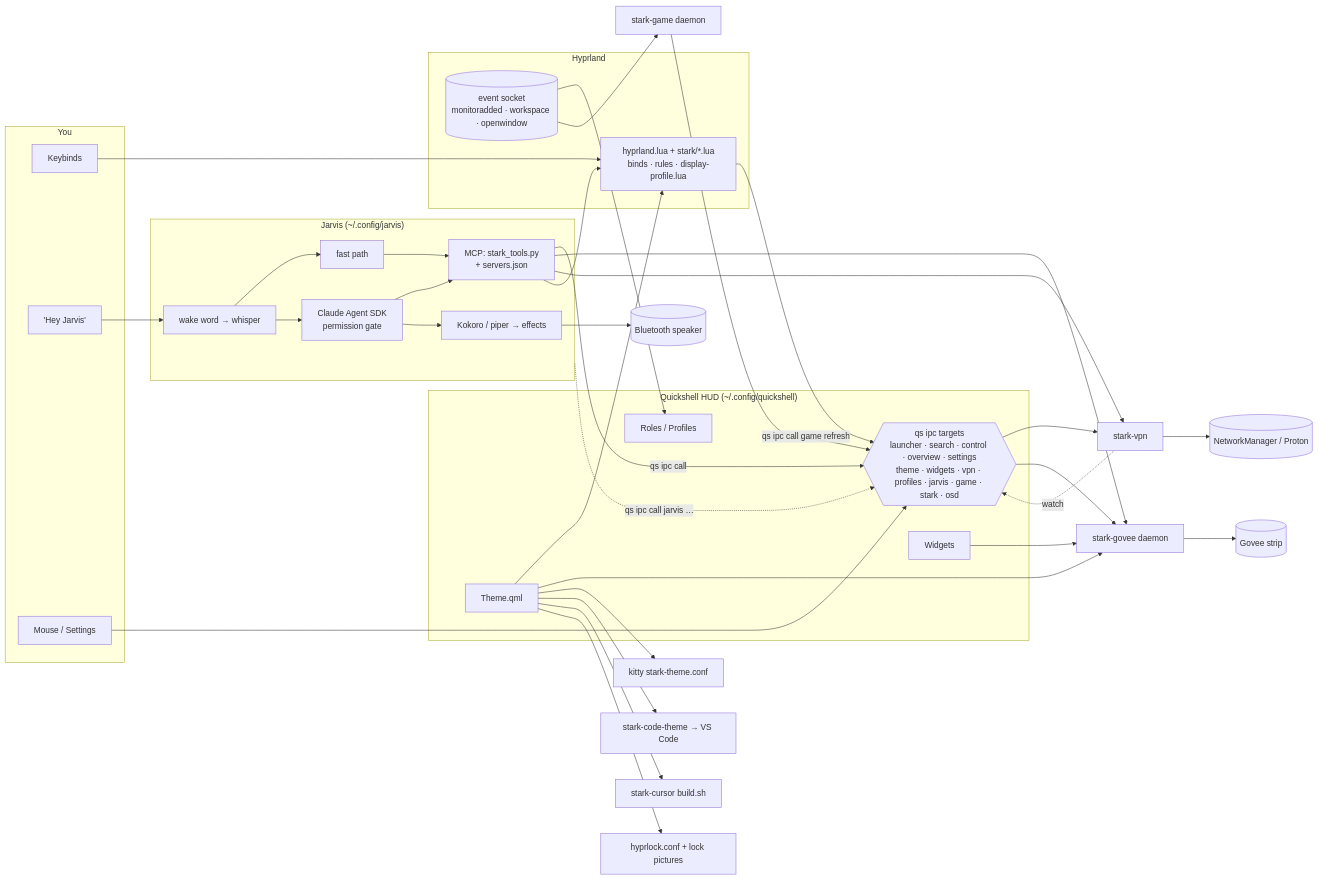
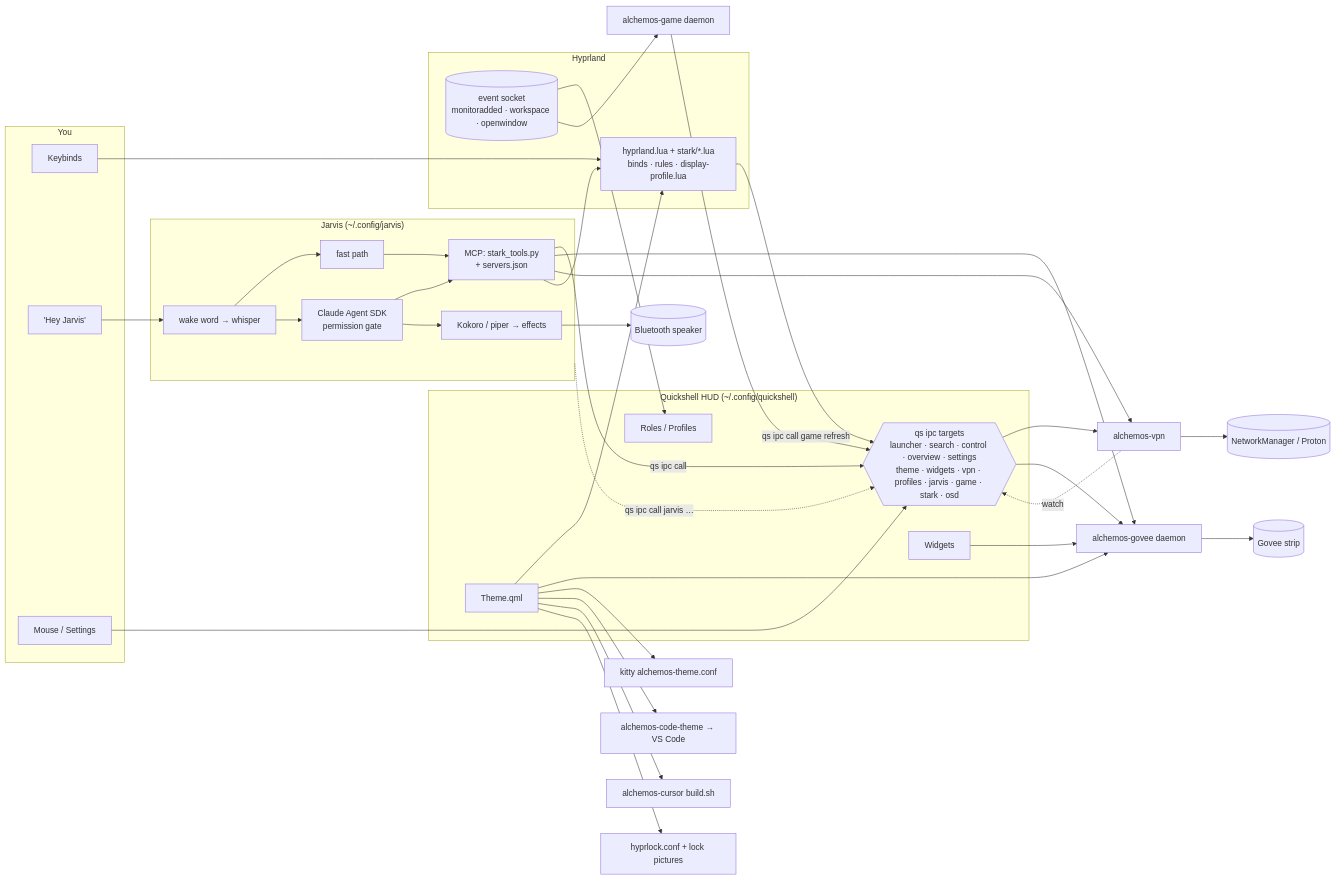
Before and after one commit to Tsheehan11/alchemos: the diagram in .github/README.md, drawn with Mermaid. The commit also changed other lines of this file and 117 other files, not shown here.

First line of the commit message:
Scripts and binaries: stark-* → alchemos-*

````diff
--- a/.github/README.md
+++ b/.github/README.md
@@ -385,52 +385,52 @@
 ```mermaid
 flowchart LR
     subgraph You
         K[Keybinds]
         V["'Hey Jarvis'"]
         M[Mouse / Settings]
     end
 
     subgraph Hyprland
         H[hyprland.lua + stark/*.lua<br/>binds · rules · display-profile.lua]
         EV[(event socket<br/>monitoradded · workspace · openwindow)]
     end
 
     subgraph HUD["Quickshell HUD (~/.config/quickshell)"]
         IPC{{qs ipc targets<br/>launcher · search · control · overview · settings<br/>theme · widgets · vpn · profiles · jarvis · game · stark · osd}}
         T[Theme.qml]
         R[Roles / Profiles]
         W[Widgets]
     end
 
     subgraph Jarvis["Jarvis (~/.config/jarvis)"]
         EAR[wake word → whisper]
         FP[fast path]
         BR[Claude Agent SDK<br/>permission gate]
         MCP[MCP: stark_tools.py<br/>+ servers.json]
         VO[Kokoro / piper → effects]
     end
 
-    G[stark-govee daemon] --> STRIP[(Govee strip)]
-    VPN[stark-vpn] --> NM[(NetworkManager / Proton)]
-    GAME[stark-game daemon]
+    G[alchemos-govee daemon] --> STRIP[(Govee strip)]
+    VPN[alchemos-vpn] --> NM[(NetworkManager / Proton)]
+    GAME[alchemos-game daemon]
     BT[(Bluetooth speaker)]
 
     K --> H --> IPC
     M --> IPC
     EV --> R & GAME
     V --> EAR --> FP --> MCP
     EAR --> BR --> MCP
     MCP -->|qs ipc call| IPC
     MCP --> G & VPN & H
     BR --> VO --> BT
     Jarvis -.->|qs ipc call jarvis …| IPC
     T --> H & G
-    T --> KITTY[kitty stark-theme.conf]
-    T --> CODE[stark-code-theme → VS Code]
-    T --> CUR[stark-cursor build.sh]
+    T --> KITTY[kitty alchemos-theme.conf]
+    T --> CODE[alchemos-code-theme → VS Code]
+    T --> CUR[alchemos-cursor build.sh]
     T --> LOCK[hyprlock.conf + lock pictures]
     IPC --> VPN & G
     VPN -.->|watch| IPC
     GAME -->|qs ipc call game refresh| IPC
     W --> G
 ```
````
